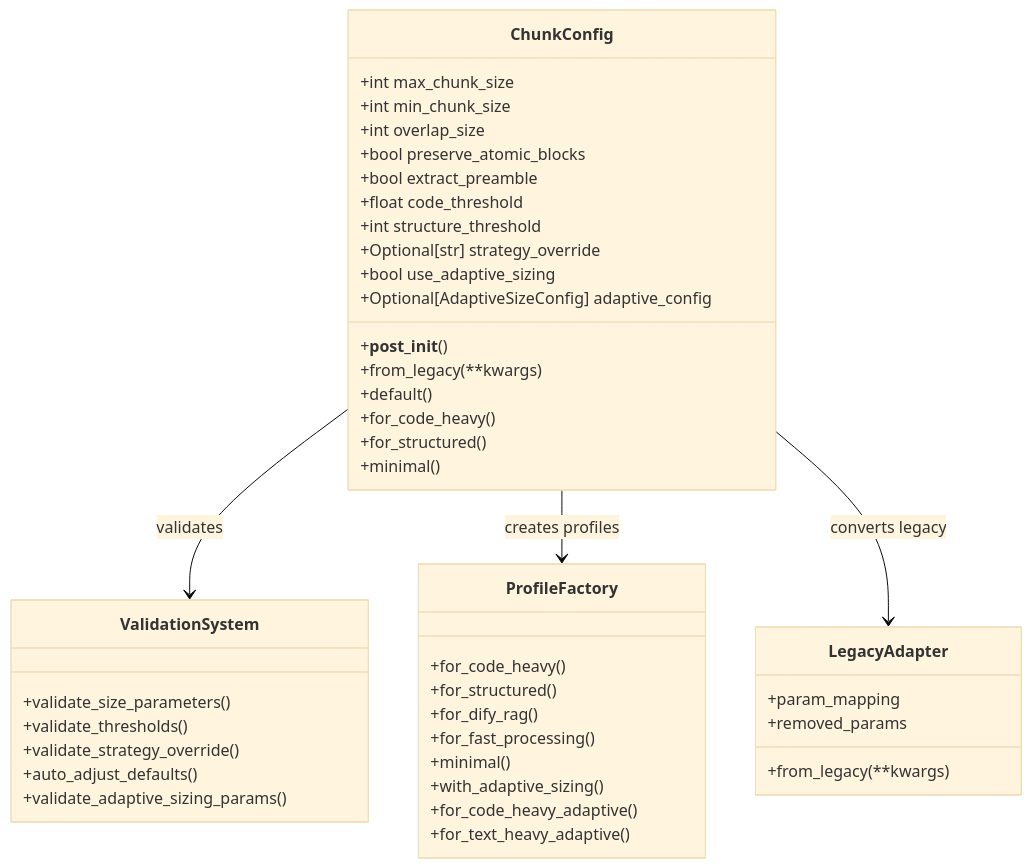
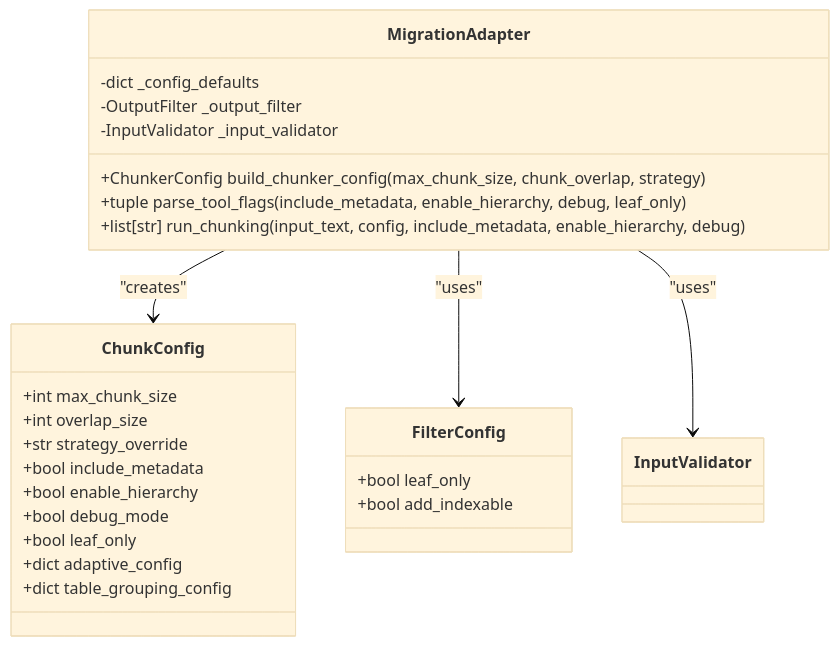
One commit to asukhodko/dify-markdown-chunker changed the second of 4 diagrams in .qoder/repowiki/en/content/Configuration/Configuration.md. Above: the diagram before and after it, drawn with Mermaid (base theme). The commit also changed other lines of this file and 157 other files, not shown here.

````diff
--- a/.qoder/repowiki/en/content/Configuration/Configuration.md
+++ b/.qoder/repowiki/en/content/Configuration/Configuration.md
@@ -59,46 +105,29 @@
 ```mermaid
 classDiagram
 class ChunkConfig {
 +int max_chunk_size
-+int min_chunk_size
 +int overlap_size
-+bool preserve_atomic_blocks
-+bool extract_preamble
-+float code_threshold
-+int structure_threshold
-+Optional[str] strategy_override
-+bool use_adaptive_sizing
-+Optional[AdaptiveSizeConfig] adaptive_config
-+__post_init__()
-+from_legacy(**kwargs)
-+default()
-+for_code_heavy()
-+for_structured()
-+minimal()
++str strategy_override
++bool include_metadata
++bool enable_hierarchy
++bool debug_mode
++bool leaf_only
++dict adaptive_config
++dict table_grouping_config
 }
-class ValidationSystem {
-+validate_size_parameters()
-+validate_thresholds()
-+validate_strategy_override()
-+auto_adjust_defaults()
-+validate_adaptive_sizing_params()
+class FilterConfig {
++bool leaf_only
++bool add_indexable
 }
-class ProfileFactory {
-+for_code_heavy()
-+for_structured()
-+for_dify_rag()
-+for_fast_processing()
-+minimal()
-+with_adaptive_sizing()
-+for_code_heavy_adaptive()
-+for_text_heavy_adaptive()
+class MigrationAdapter {
+-dict _config_defaults
+-OutputFilter _output_filter
+-InputValidator _input_validator
++ChunkerConfig build_chunker_config(max_chunk_size, chunk_overlap, strategy)
++tuple parse_tool_flags(include_metadata, enable_hierarchy, debug, leaf_only)
++list[str] run_chunking(input_text, config, include_metadata, enable_hierarchy, debug)
 }
-class LegacyAdapter {
-+param_mapping
-+removed_params
-+from_legacy(**kwargs)
-}
-ChunkConfig --> ValidationSystem : validates
-ChunkConfig --> ProfileFactory : creates profiles
-ChunkConfig --> LegacyAdapter : converts legacy
+MigrationAdapter --> ChunkConfig : "creates"
+MigrationAdapter --> FilterConfig : "uses"
+MigrationAdapter --> InputValidator : "uses"
 ```
````
